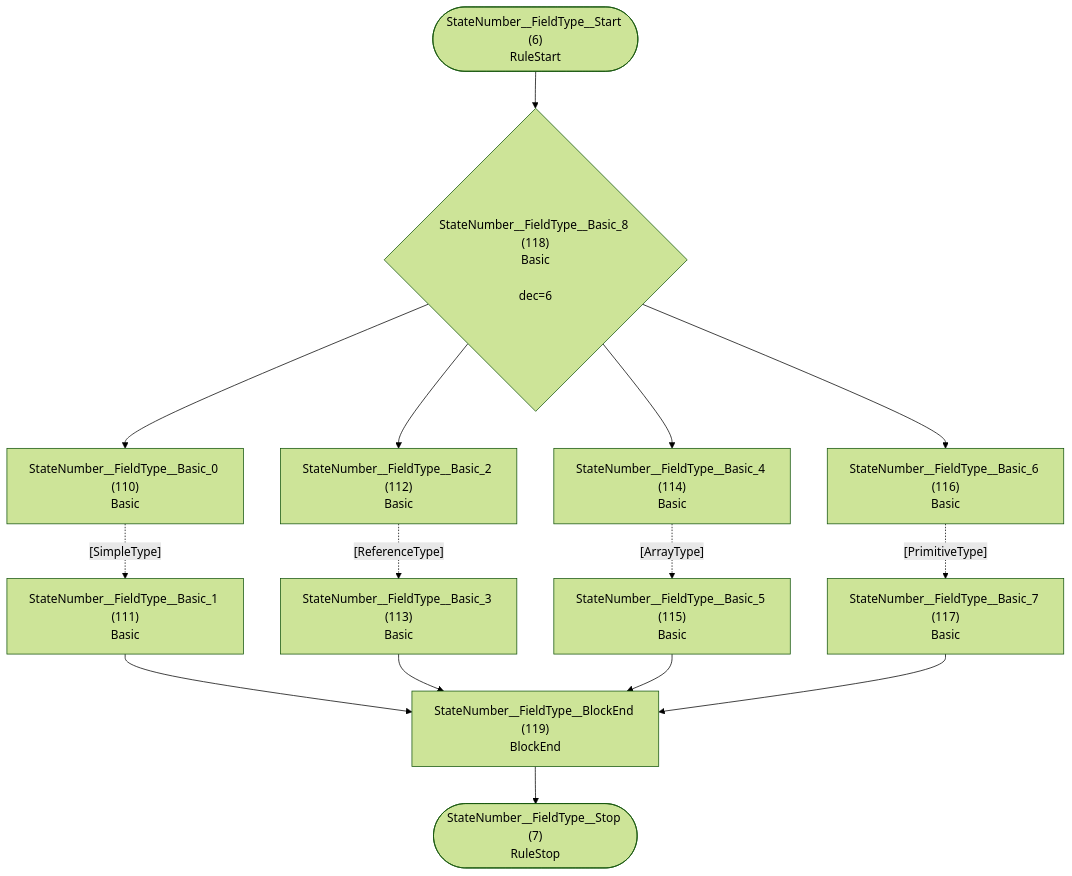
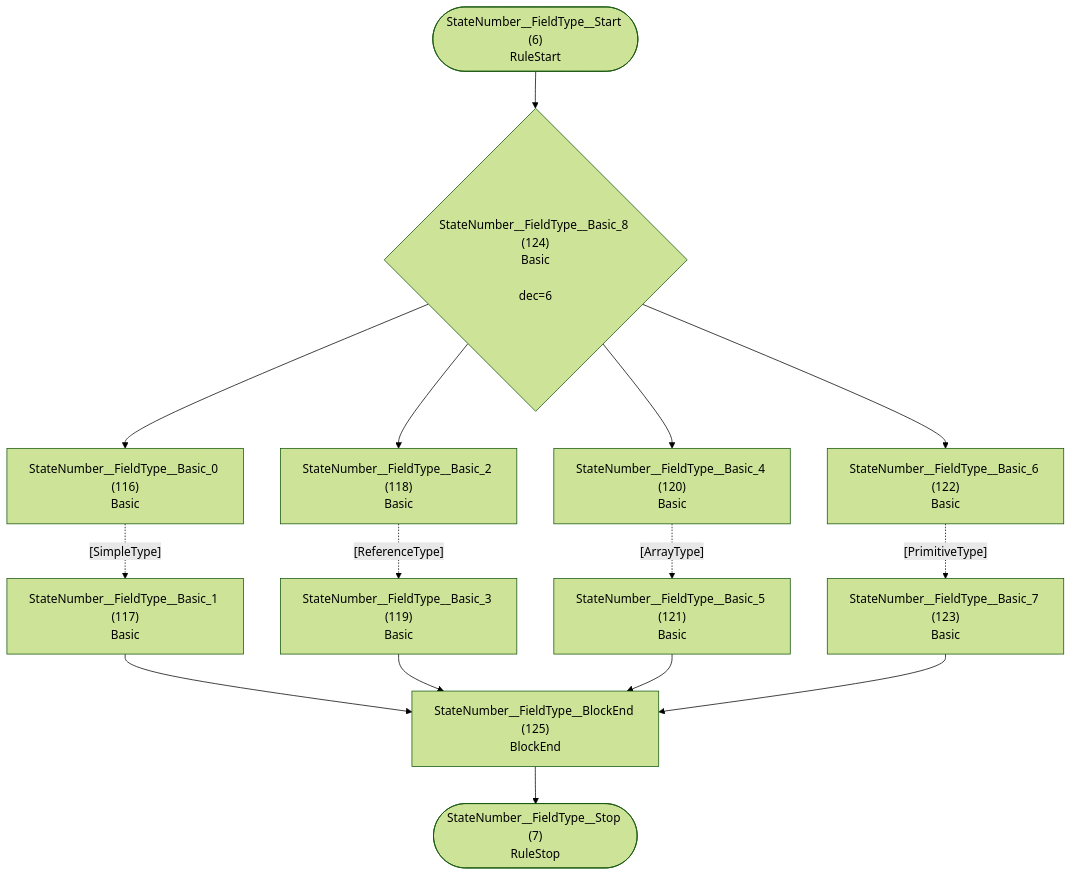
One commit to TypeFox/fastbelt changed the fourth of 36 diagrams in internal/grammar/atn.md. Above: the diagram before and after it, drawn with Mermaid (forest theme). The commit also changed other lines of this file and 6 other files, not shown here.

````diff
--- a/internal/grammar/atn.md
+++ b/internal/grammar/atn.md
@@ -133,30 +133,30 @@
 ```mermaid
 flowchart TD
     q6(["StateNumber__FieldType__Start (6)<br/>RuleStart"])
     q7(["StateNumber__FieldType__Stop (7)<br/>RuleStop"])
-    q110["StateNumber__FieldType__Basic_0 (110)<br/>Basic<br/>"]
-    q111["StateNumber__FieldType__Basic_1 (111)<br/>Basic<br/>"]
-    q112["StateNumber__FieldType__Basic_2 (112)<br/>Basic<br/>"]
-    q113["StateNumber__FieldType__Basic_3 (113)<br/>Basic<br/>"]
-    q114["StateNumber__FieldType__Basic_4 (114)<br/>Basic<br/>"]
-    q115["StateNumber__FieldType__Basic_5 (115)<br/>Basic<br/>"]
-    q116["StateNumber__FieldType__Basic_6 (116)<br/>Basic<br/>"]
-    q117["StateNumber__FieldType__Basic_7 (117)<br/>Basic<br/>"]
-    q118{"StateNumber__FieldType__Basic_8 (118)<br/>Basic<br/><br/>dec=6"}
-    q119["StateNumber__FieldType__BlockEnd (119)<br/>BlockEnd<br/>"]
+    q116["StateNumber__FieldType__Basic_0 (116)<br/>Basic<br/>"]
+    q117["StateNumber__FieldType__Basic_1 (117)<br/>Basic<br/>"]
+    q118["StateNumber__FieldType__Basic_2 (118)<br/>Basic<br/>"]
+    q119["StateNumber__FieldType__Basic_3 (119)<br/>Basic<br/>"]
+    q120["StateNumber__FieldType__Basic_4 (120)<br/>Basic<br/>"]
+    q121["StateNumber__FieldType__Basic_5 (121)<br/>Basic<br/>"]
+    q122["StateNumber__FieldType__Basic_6 (122)<br/>Basic<br/>"]
+    q123["StateNumber__FieldType__Basic_7 (123)<br/>Basic<br/>"]
+    q124{"StateNumber__FieldType__Basic_8 (124)<br/>Basic<br/><br/>dec=6"}
+    q125["StateNumber__FieldType__BlockEnd (125)<br/>BlockEnd<br/>"]
 
-    q6 --> q118
-    q110 -.->|"[SimpleType]"| q111
-    q111 --> q119
-    q112 -.->|"[ReferenceType]"| q113
-    q113 --> q119
-    q114 -.->|"[ArrayType]"| q115
-    q115 --> q119
-    q116 -.->|"[PrimitiveType]"| q117
-    q117 --> q119
-    q118 --> q110
-    q118 --> q112
-    q118 --> q114
-    q118 --> q116
-    q119 --> q7
+    q6 --> q124
+    q116 -.->|"[SimpleType]"| q117
+    q117 --> q125
+    q118 -.->|"[ReferenceType]"| q119
+    q119 --> q125
+    q120 -.->|"[ArrayType]"| q121
+    q121 --> q125
+    q122 -.->|"[PrimitiveType]"| q123
+    q123 --> q125
+    q124 --> q116
+    q124 --> q118
+    q124 --> q120
+    q124 --> q122
+    q125 --> q7
 ```
````
